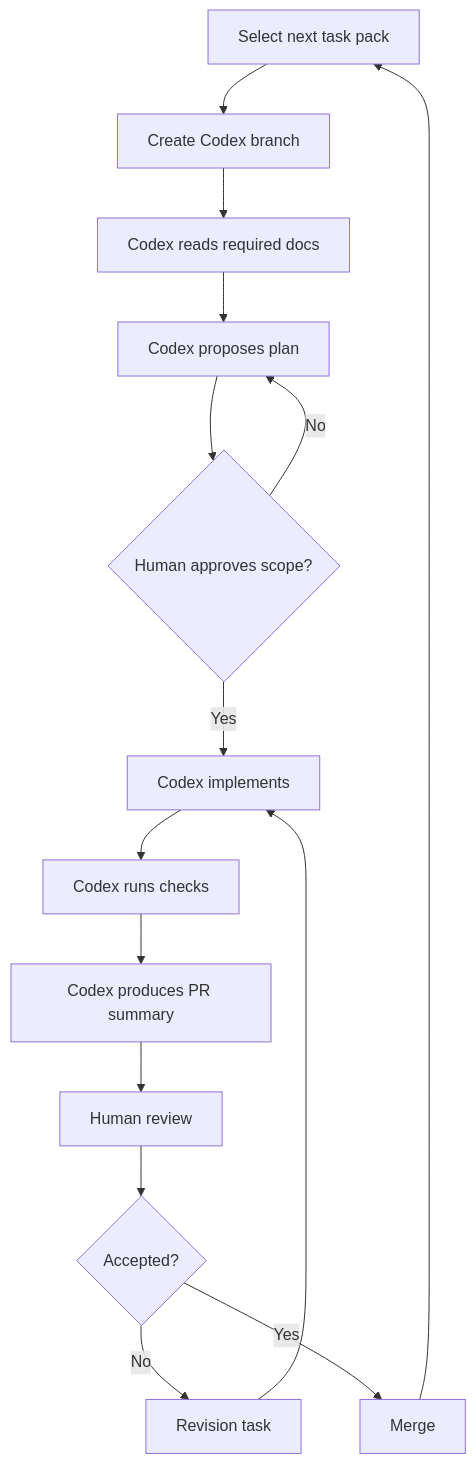
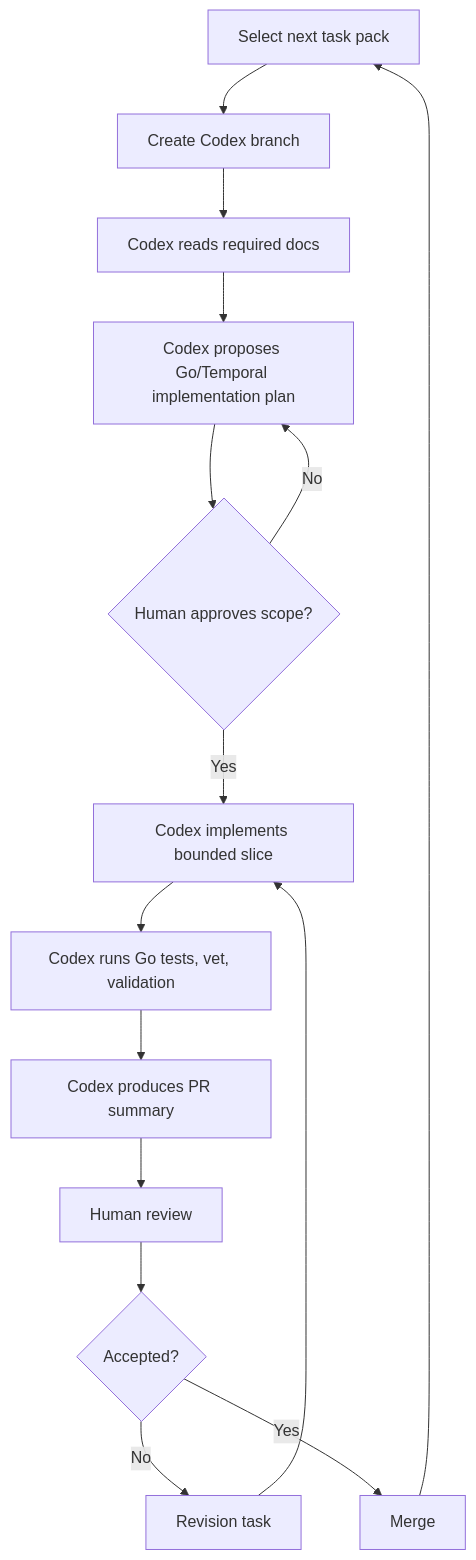
The first of 2 diagrams in docs/CODEX_MASTER_PLAN.md (AnimusHQ/news), drawn with Mermaid before and after one commit. The commit also changed other lines of this file, not shown here.

Commit message:
docs: switch Codex master plan to Go and Temporal

````diff
--- a/docs/CODEX_MASTER_PLAN.md
+++ b/docs/CODEX_MASTER_PLAN.md
@@ -11,17 +26,17 @@
 ```mermaid
 flowchart TD
   A[Select next task pack] --> B[Create Codex branch]
   B --> C[Codex reads required docs]
-  C --> D[Codex proposes plan]
+  C --> D[Codex proposes Go/Temporal implementation plan]
   D --> E{Human approves scope?}
   E -->|No| D
-  E -->|Yes| F[Codex implements]
-  F --> G[Codex runs checks]
+  E -->|Yes| F[Codex implements bounded slice]
+  F --> G[Codex runs Go tests, vet, validation]
   G --> H[Codex produces PR summary]
   H --> I[Human review]
   I --> J{Accepted?}
   J -->|No| K[Revision task]
   K --> F
   J -->|Yes| L[Merge]
   L --> A
 ```
````
